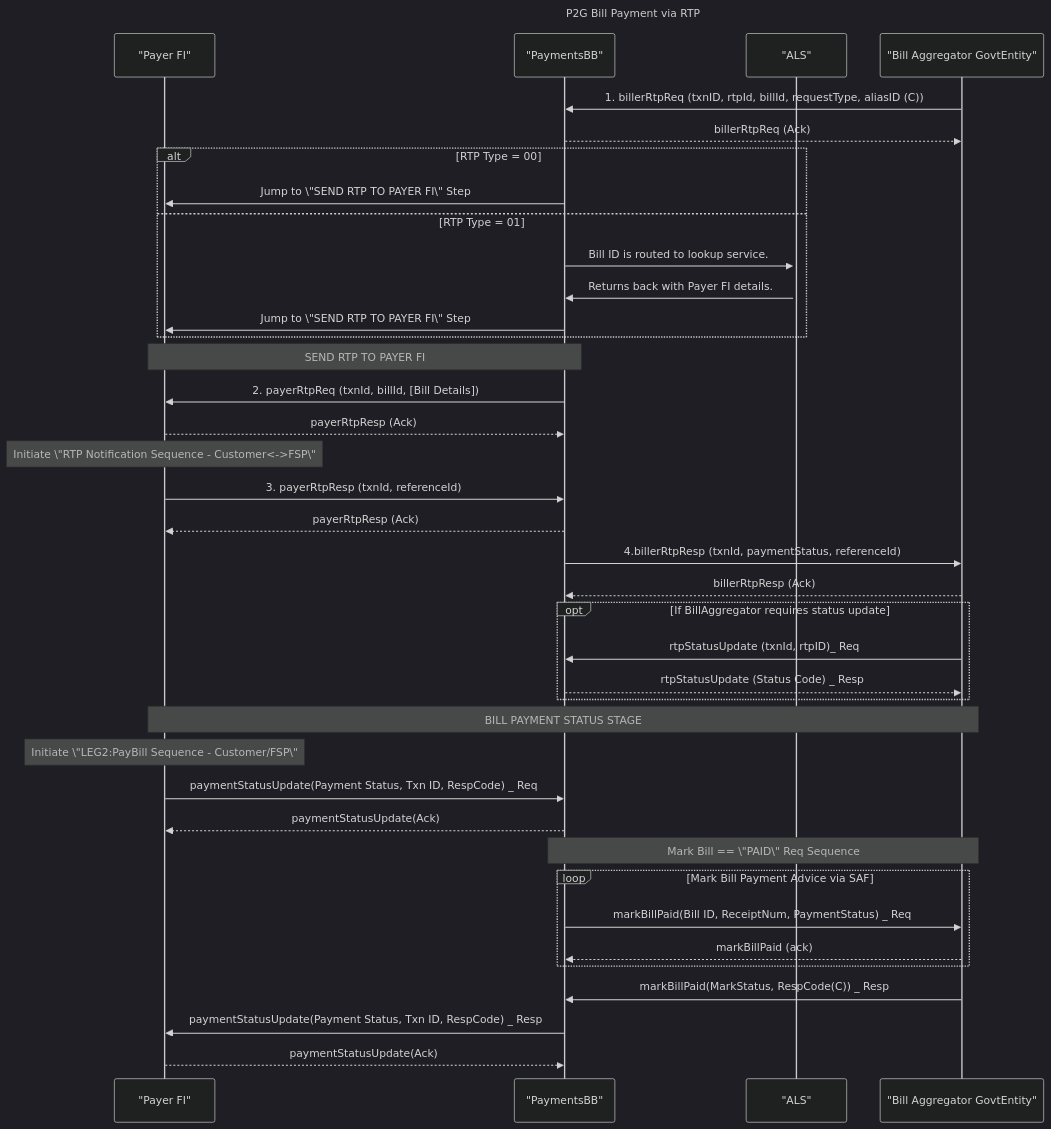
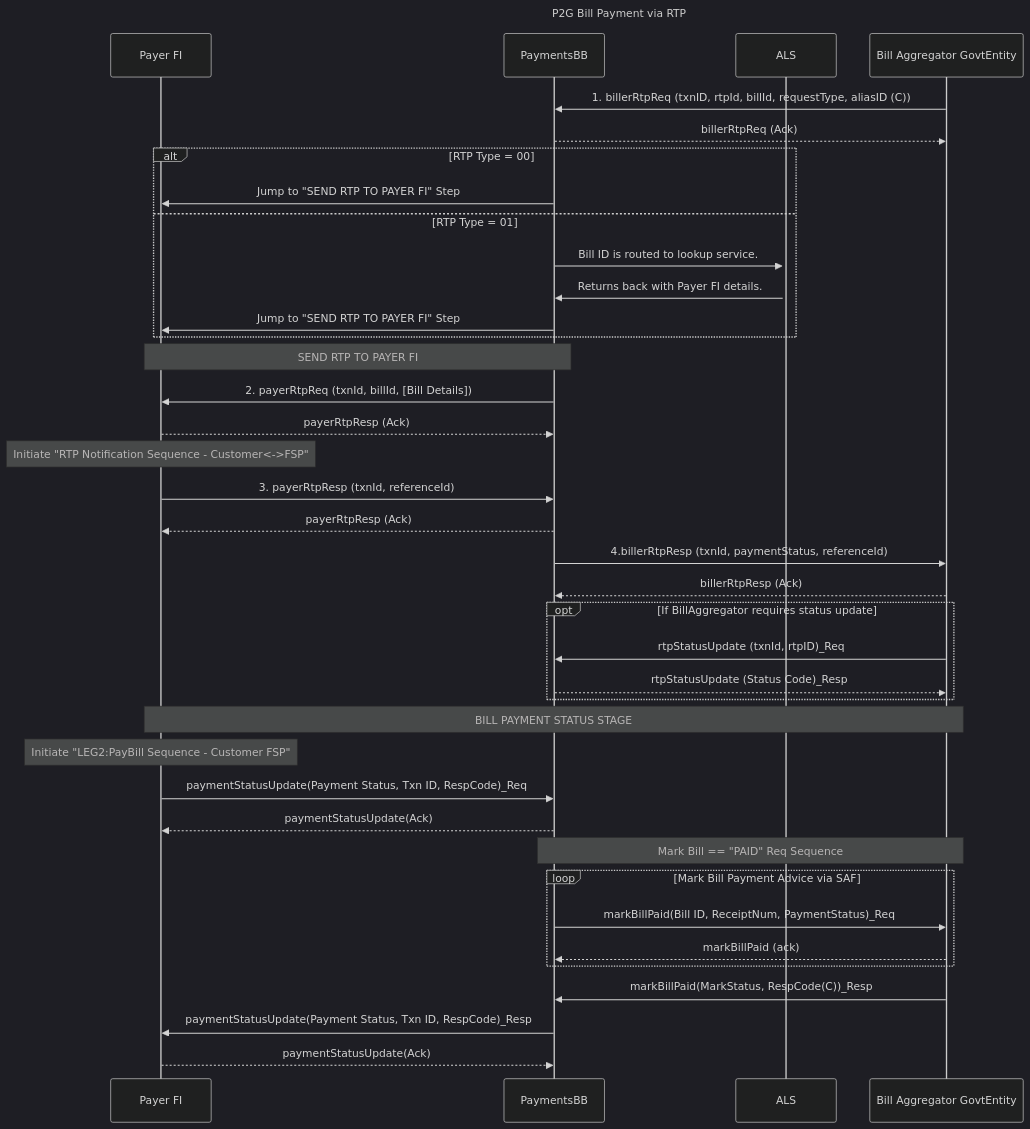
Before and after one commit to GovStackWorkingGroup/bb-payments: the third of 4 diagrams in spec/9-internal-workflows/9.3-p2g-bill-payments.md, drawn with Mermaid (dark theme). The commit also changed other lines of this file and 22 other files, not shown here.

````diff
--- a/spec/9-internal-workflows/9.3-p2g-bill-payments.md
+++ b/spec/9-internal-workflows/9.3-p2g-bill-payments.md
@@ -208,49 +210,49 @@
 ```mermaid fullWidth="false"
 sequenceDiagram
 title P2G Bill Payment via RTP
-    participant PayerFI as "Payer FI"
-    participant PaymentsBB as "PaymentsBB"
-    participant ALS as "ALS"
-    participant BillAggregator as "Bill Aggregator GovtEntity"
+    participant PayerFI as Payer FI
+    participant PaymentsBB as PaymentsBB
+    participant ALS as ALS
+    participant BillAggregator as Bill Aggregator GovtEntity
     BillAggregator->>PaymentsBB: 1. billerRtpReq (txnID, rtpId, billId, requestType, aliasID (C))
     PaymentsBB-->>BillAggregator: billerRtpReq (Ack)
     alt RTP Type = 00
-        PaymentsBB->>PayerFI: Jump to \"SEND RTP TO PAYER FI\" Step
+        PaymentsBB->>PayerFI: Jump to "SEND RTP TO PAYER FI" Step
     else RTP Type = 01
         PaymentsBB->>+ALS: Bill ID is routed to lookup service.
         ALS->>PaymentsBB: Returns back with Payer FI details.
-        PaymentsBB->>PayerFI: Jump to \"SEND RTP TO PAYER FI\" Step
+        PaymentsBB->>PayerFI: Jump to "SEND RTP TO PAYER FI" Step
     end
     Note over PaymentsBB, PayerFI: SEND RTP TO PAYER FI
     PaymentsBB->>PayerFI: 2. payerRtpReq (txnId, billId, [Bill Details])
     PayerFI-->>PaymentsBB: payerRtpResp (Ack)
-    Note over PayerFI: Initiate \"RTP Notification Sequence - Customer<->FSP\"
+    Note over PayerFI: Initiate "RTP Notification Sequence - Customer<->FSP"
     PayerFI->>PaymentsBB: 3. payerRtpResp (txnId, referenceId)
     PaymentsBB-->>PayerFI: payerRtpResp (Ack)
     
     PaymentsBB->>BillAggregator: 4.billerRtpResp (txnId, paymentStatus, referenceId)
     BillAggregator-->>PaymentsBB: billerRtpResp (Ack)
     
     opt If BillAggregator requires status update
-        BillAggregator->>PaymentsBB: rtpStatusUpdate (txnId, rtpID)_ Req
-        PaymentsBB-->>BillAggregator: rtpStatusUpdate (Status Code) _ Resp
+        BillAggregator->>PaymentsBB: rtpStatusUpdate (txnId, rtpID)_Req
+        PaymentsBB-->>BillAggregator: rtpStatusUpdate (Status Code)_Resp
     end
     
     Note over PayerFI, BillAggregator: BILL PAYMENT STATUS STAGE
     
-    Note over PayerFI: Initiate \"LEG2:PayBill Sequence - Customer/FSP\"
-    PayerFI->>PaymentsBB: paymentStatusUpdate(Payment Status, Txn ID, RespCode) _ Req
+    Note over PayerFI: Initiate "LEG2:PayBill Sequence - Customer FSP"
+    PayerFI->>PaymentsBB: paymentStatusUpdate(Payment Status, Txn ID, RespCode)_Req
     PaymentsBB-->>PayerFI: paymentStatusUpdate(Ack)
     
-    Note over PaymentsBB, BillAggregator: Mark Bill == \"PAID\" Req Sequence
+    Note over PaymentsBB, BillAggregator: Mark Bill == "PAID" Req Sequence
     
     loop Mark Bill Payment Advice via SAF
-        PaymentsBB->>BillAggregator: markBillPaid(Bill ID, ReceiptNum, PaymentStatus) _ Req
+        PaymentsBB->>BillAggregator: markBillPaid(Bill ID, ReceiptNum, PaymentStatus)_Req
         BillAggregator-->>PaymentsBB: markBillPaid (ack)
     end
     
-    BillAggregator->>PaymentsBB: markBillPaid(MarkStatus, RespCode(C)) _ Resp
+    BillAggregator->>PaymentsBB: markBillPaid(MarkStatus, RespCode(C))_Resp
     
-    PaymentsBB->>PayerFI: paymentStatusUpdate(Payment Status, Txn ID, RespCode) _ Resp
+    PaymentsBB->>PayerFI: paymentStatusUpdate(Payment Status, Txn ID, RespCode)_Resp
     PayerFI-->>PaymentsBB: paymentStatusUpdate(Ack)
 ```
````
